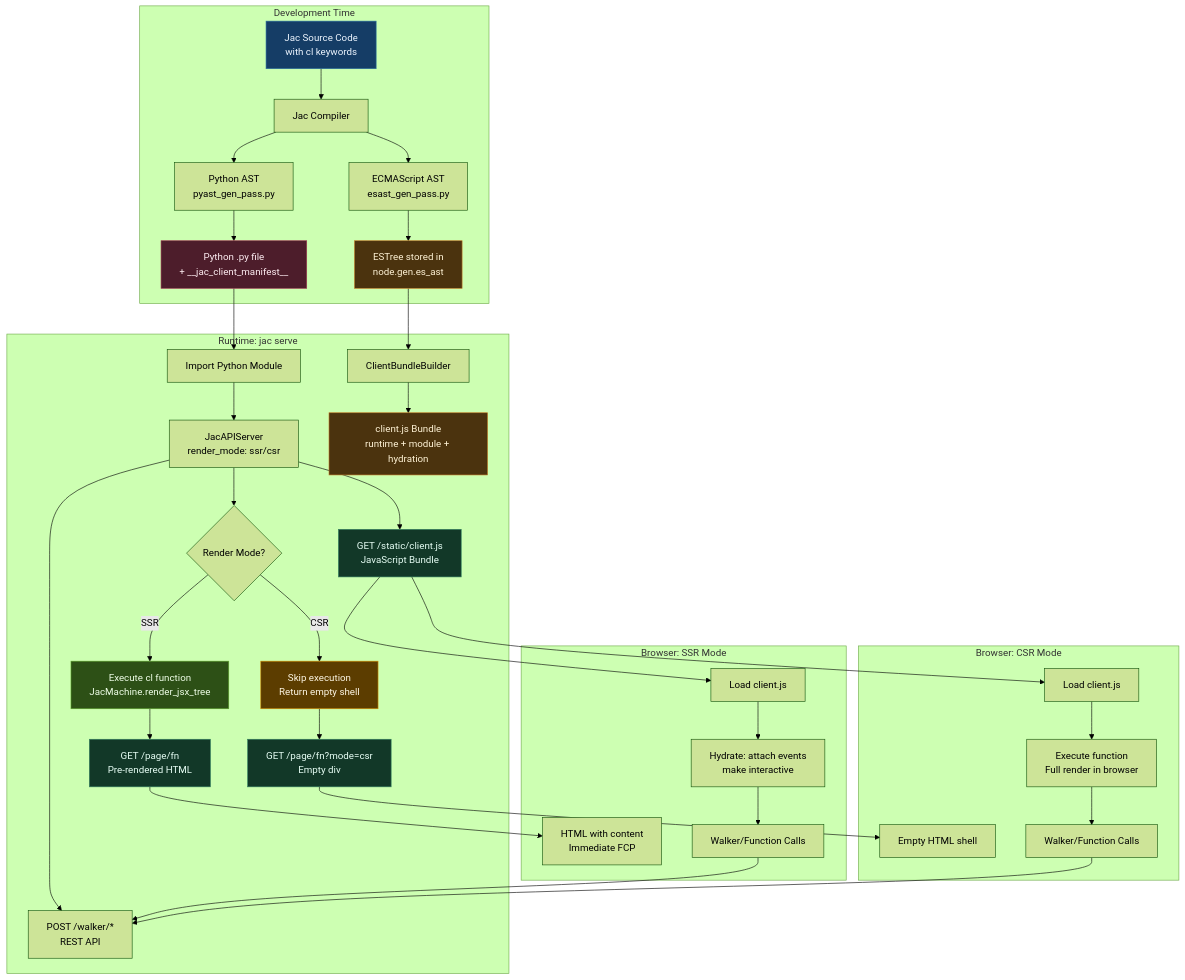
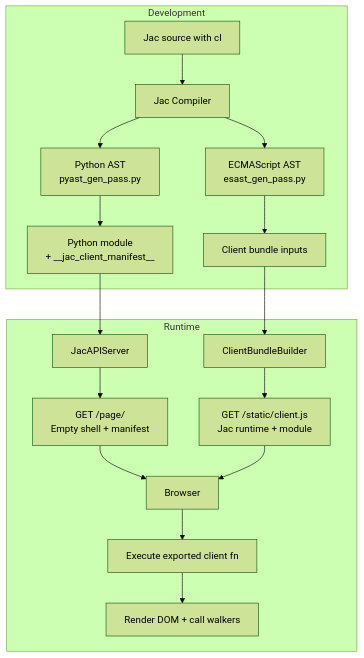
Before and after one commit to specialized806/jaseci: the diagram in jac/docs/jsx_webpage_generation_design.md, drawn with Mermaid (forest theme). The commit also changed other lines of this file and 10 other files, not shown here.

Commit message:
ripping out ssr pipeline as it really should be python only

````diff
--- a/jac/docs/jsx_webpage_generation_design.md
+++ b/jac/docs/jsx_webpage_generation_design.md
@@ -11,53 +9,21 @@
 ```mermaid
-graph TB
-    subgraph "Development Time"
-        A[Jac Source Code<br/>with cl keywords] --> B[Jac Compiler]
+graph TD
+    subgraph "Development"
+        A[Jac source with cl] --> B[Jac Compiler]
         B --> C[Python AST<br/>pyast_gen_pass.py]
         B --> D[ECMAScript AST<br/>esast_gen_pass.py]
-        C --> E[Python .py file<br/>+ __jac_client_manifest__]
-        D --> F[ESTree stored in<br/>node.gen.es_ast]
+        C --> E[Python module<br/>+ __jac_client_manifest__]
+        D --> F[Client bundle inputs]
     end
 
-    subgraph "Runtime: jac serve"
-        E --> G[Import Python Module]
+    subgraph "Runtime"
+        E --> G[JacAPIServer]
         F --> H[ClientBundleBuilder]
-        G --> I[JacAPIServer<br/>render_mode: ssr/csr]
-        H --> J[client.js Bundle<br/>runtime + module + hydration]
-
-        I --> K{Render Mode?}
-        K -->|SSR| L[Execute cl function<br/>JacMachine.render_jsx_tree]
-        K -->|CSR| M[Skip execution<br/>Return empty shell]
-
-        L --> N[GET /page/fn<br/>Pre-rendered HTML]
-        M --> O[GET /page/fn?mode=csr<br/>Empty div]
-
-        I --> P[GET /static/client.js<br/>JavaScript Bundle]
-        I --> Q[POST /walker/*<br/>REST API]
+        G --> I[GET /page/<fn><br/>Empty shell + manifest]
+        H --> J[GET /static/client.js<br/>Jac runtime + module]
+        I --> K[Browser]
+        J --> K
+        K --> L[Execute exported client fn]
+        L --> M[Render DOM + call walkers]
     end
-
-    subgraph "Browser: SSR Mode"
-        N --> R[HTML with content<br/>Immediate FCP]
-        P --> S[Load client.js]
-        S --> T[Hydrate: attach events<br/>make interactive]
-        T --> U[Walker/Function Calls]
-        U --> Q
-    end
-
-    subgraph "Browser: CSR Mode"
-        O --> V[Empty HTML shell]
-        P --> W[Load client.js]
-        W --> X[Execute function<br/>Full render in browser]
-        X --> Y[Walker/Function Calls]
-        Y --> Q
-    end
-
-    style A fill:#153d66,stroke:#2a6f9f,color:#eef6ff
-    style E fill:#4d1d2b,stroke:#9c3650,color:#ffeef3
-    style F fill:#4b330e,stroke:#c27b27,color:#fff3d6
-    style J fill:#4b330e,stroke:#c27b27,color:#fff3d6
-    style L fill:#2d5016,stroke:#5a9e2b,color:#f0ffe8
-    style M fill:#5c3d00,stroke:#d48e00,color:#fff8e5
-    style N fill:#123828,stroke:#2f7d5e,color:#e8fff6
-    style O fill:#123828,stroke:#2f7d5e,color:#e8fff6
-    style P fill:#123828,stroke:#2f7d5e,color:#e8fff6
 ```
````
